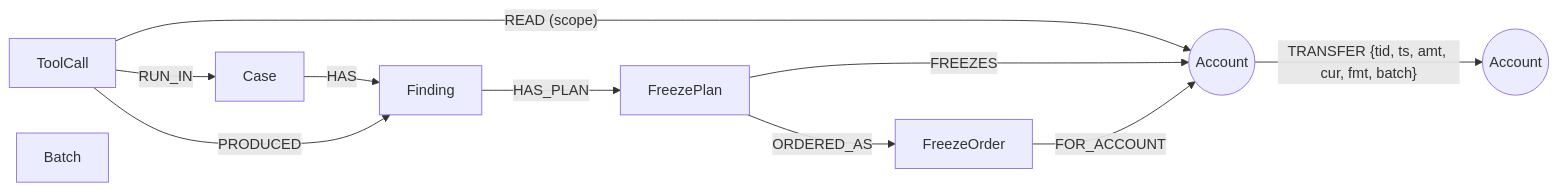
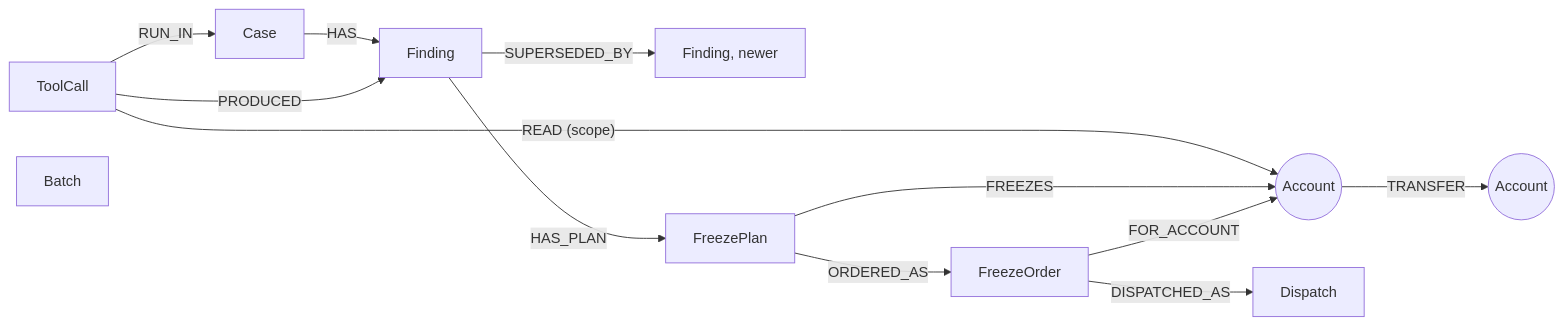
The first of 3 diagrams in README.md (Hackmaass/Chokepoint), drawn with Mermaid before and after one commit. The commit also changed other lines of this file and 4 other files, not shown here.

Commit message:
README graph map redrawn from the code (stored and scratch graphs), graph_tour.py one-command proof, recut video on the first screen

````diff
--- a/README.md
+++ b/README.md
@@ -120,13 +124,15 @@
 ```mermaid
 graph LR
-  A1((Account)) -- "TRANSFER {tid, ts, amt, cur, fmt, batch}" --> A2((Account))
+  A1((Account)) -- "TRANSFER" --> A2((Account))
   C[Case] -- HAS --> F[Finding]
   TC[ToolCall] -- RUN_IN --> C
   TC -- PRODUCED --> F
   TC -- "READ (scope)" --> A1
+  F -- SUPERSEDED_BY --> F2[Finding, newer]
   F -- HAS_PLAN --> P[FreezePlan]
   P -- FREEZES --> A1
   P -- ORDERED_AS --> O[FreezeOrder]
   O -- FOR_ACCOUNT --> A1
+  O -- DISPATCHED_AS --> D[Dispatch]
   B[Batch]
 ```
````
